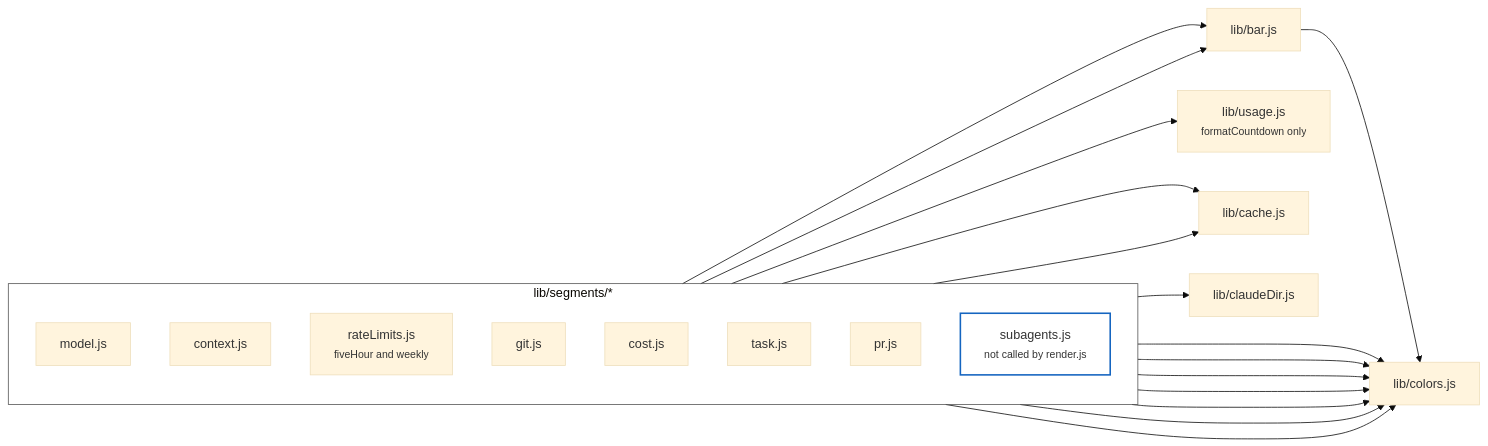
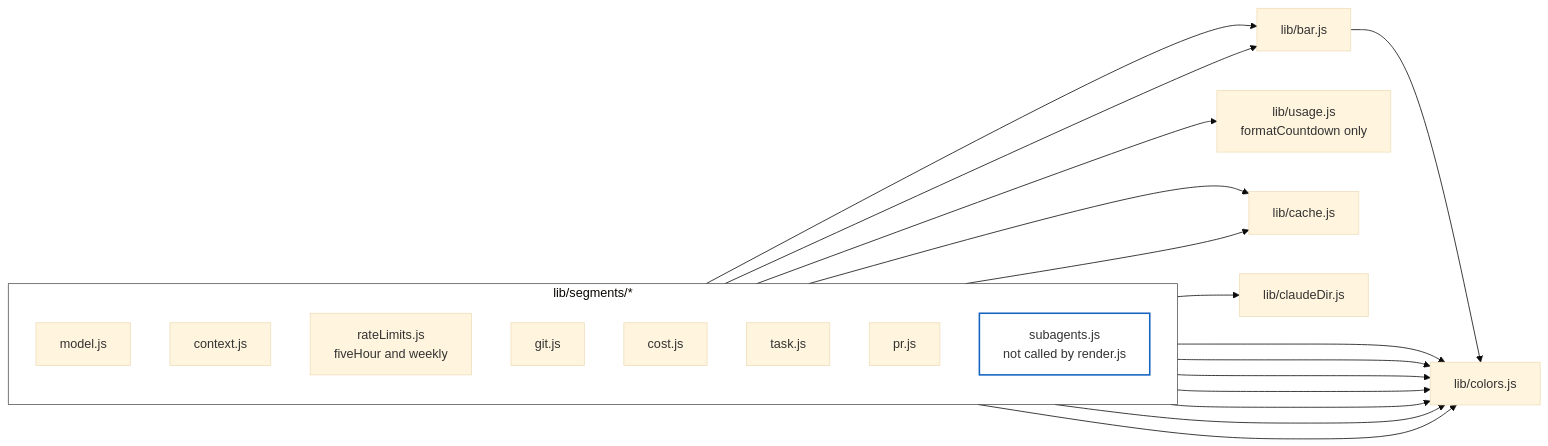
One commit to carterptull/ampline-claude changed the second of 2 diagrams in diagrams/c4-container.md. Above: the diagram before and after it, drawn with Mermaid (base theme). The commit also changed other lines of this file and 6 other files, not shown here.

Commit message:
docs: remove small tags from all diagrams and note why in the syntax rules

````diff
--- a/diagrams/c4-container.md
+++ b/diagrams/c4-container.md
@@ -48,39 +48,39 @@
 ```mermaid
 flowchart LR
     subgraph segs["lib/segments/*"]
         direction TB
         model["model.js"]
         context["context.js"]
-        rate["rateLimits.js<br/><small>fiveHour and weekly</small>"]
+        rate["rateLimits.js<br/>fiveHour and weekly"]
         gitseg["git.js"]
         cost["cost.js"]
         task["task.js"]
         pr["pr.js"]
-        sub["subagents.js<br/><small>not called by render.js</small>"]
+        sub["subagents.js<br/>not called by render.js"]
     end
 
     bar["lib/bar.js"]
-    usage["lib/usage.js<br/><small>formatCountdown only</small>"]
+    usage["lib/usage.js<br/>formatCountdown only"]
     cache["lib/cache.js"]
     claudedir["lib/claudeDir.js"]
     colors["lib/colors.js"]
 
     context --> bar
     rate --> bar
     rate --> usage
     bar --> colors
     gitseg --> cache
     task --> cache
     task --> claudedir
 
     model --> colors
     rate --> colors
     gitseg --> colors
     cost --> colors
     task --> colors
     pr --> colors
     sub --> colors
 
     style sub fill:transparent,stroke:#1565C0,stroke-width:2px
     style segs fill:transparent,stroke:#555,stroke-width:1px
 ```
````
